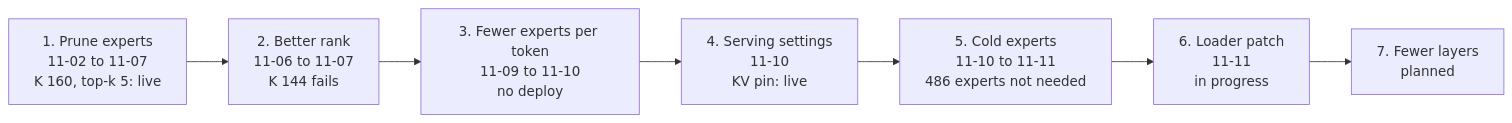
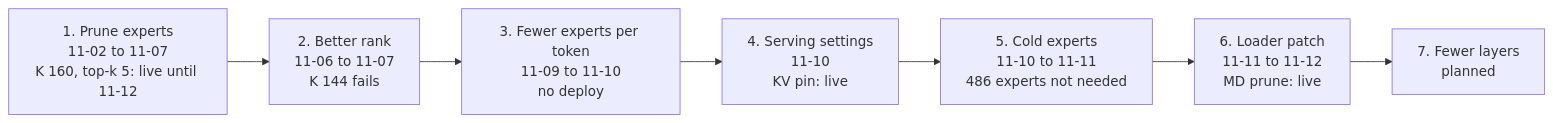
The diagram in README.md (czhou578/dsv4-specialize), drawn with Mermaid before and after one commit. The commit also changed other lines of this file and 5 other files, not shown here.

````diff
--- a/README.md
+++ b/README.md
@@ -53,11 +54,11 @@
 ```mermaid
 flowchart LR
-    S1["1. Prune experts<br/>11-02 to 11-07<br/>K 160, top-k 5: live"]
+    S1["1. Prune experts<br/>11-02 to 11-07<br/>K 160, top-k 5: live until 11-12"]
     S2["2. Better rank<br/>11-06 to 11-07<br/>K 144 fails"]
     S3["3. Fewer experts per token<br/>11-09 to 11-10<br/>no deploy"]
     S4["4. Serving settings<br/>11-10<br/>KV pin: live"]
     S5["5. Cold experts<br/>11-10 to 11-11<br/>486 experts not needed"]
-    S6["6. Loader patch<br/>11-11<br/>in progress"]
+    S6["6. Loader patch<br/>11-11 to 11-12<br/>MD prune: live"]
     S7["7. Fewer layers<br/>planned"]
     S1 --> S2 --> S3 --> S4 --> S5 --> S6 --> S7
 ```
````
